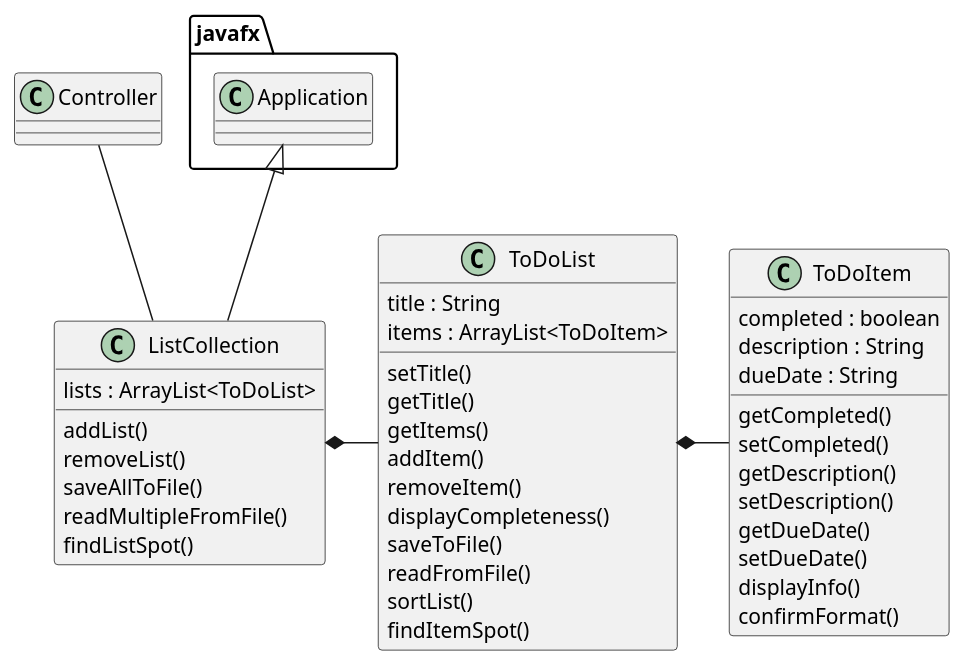
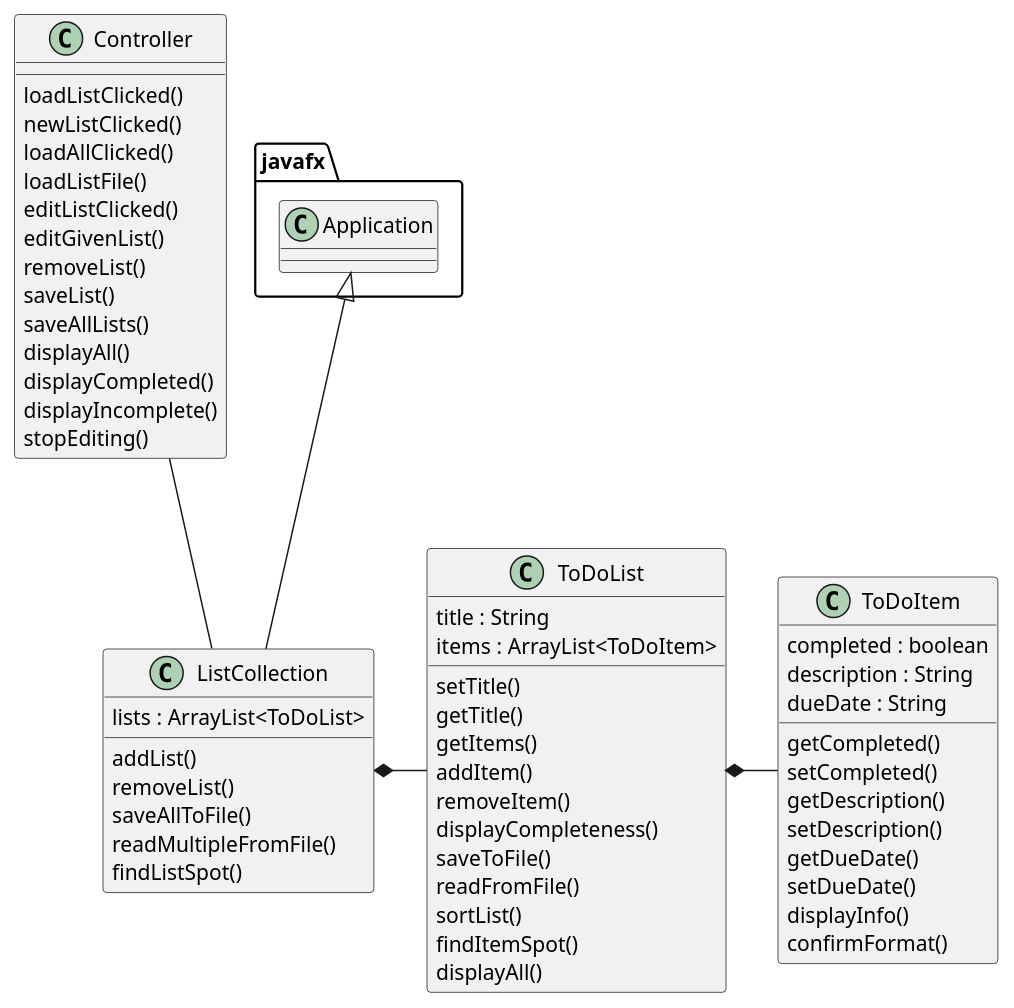
The diagram in uml/ToDoListManager.puml (ehraiford/raiford-cop3330-assignment4part2), drawn with PlantUML before and after one commit. The commit also changed 7 other files, not shown here.

```diff
--- a/uml/ToDoListManager.puml
+++ b/uml/ToDoListManager.puml
@@ -1,51 +1,68 @@
 @startuml
 'https://plantuml.com/class-diagram
 ToDoList*-ToDoItem
 ListCollection*-ToDoList
 javafx.Application<|-- ListCollection
 Controller-- ListCollection
 
 class Controller{
+
+    loadListClicked()
+    newListClicked()
+    loadAllClicked()
+    loadListFile()
+    editListClicked()
+    editGivenList()
+    removeList()
+    saveList()
+    saveAllLists()
+    displayAll()
+    displayCompleted()
+    displayIncomplete()
+    stopEditing()
+
+
 }
 class ListCollection{
     lists : ArrayList<ToDoList>
 
     addList()
     removeList()
     saveAllToFile()
     readMultipleFromFile()
     findListSpot()
 }
 
 class ToDoList{
     title : String
     items : ArrayList<ToDoItem>
 
     setTitle()
     getTitle()
     getItems()
     addItem()
     removeItem()
     displayCompleteness()
     saveToFile()
     readFromFile()
     sortList()
     findItemSpot()
+    displayAll()
 }
 
 class ToDoItem{
     completed : boolean
     description : String
     dueDate : String
 
     getCompleted()
     setCompleted()
     getDescription()
     setDescription()
     getDueDate()
     setDueDate()
     displayInfo()
     confirmFormat()
 }
 
 @enduml
```
